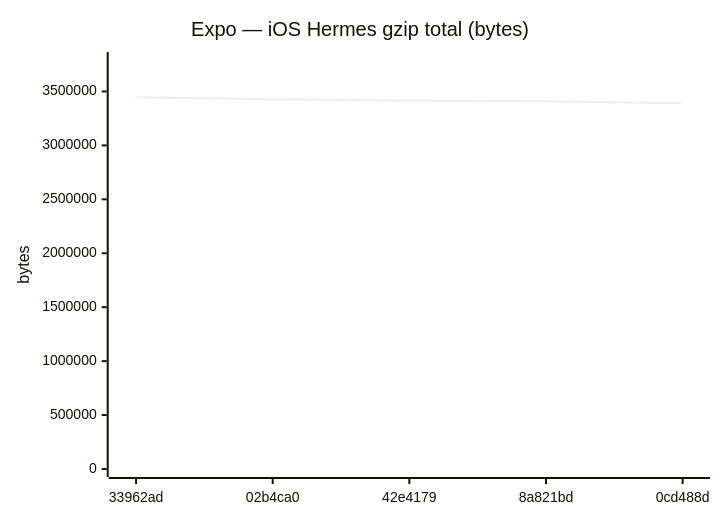
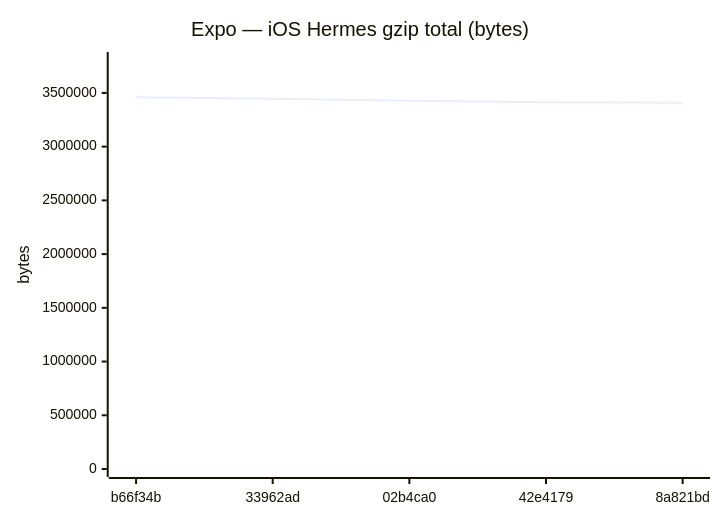
Before and after one commit to Metaheurist/Rianell: diagram 12 of 18 in benchmarks/compare.md, drawn with Mermaid. The commit also changed other lines of this file and 11 other files, not shown here.

````diff
--- a/benchmarks/compare.md
+++ b/benchmarks/compare.md
@@ -179,7 +179,7 @@
 ```mermaid
 xychart-beta
     title "Expo — iOS Hermes gzip total (bytes)"
-    x-axis ["33962ad", "02b4ca0", "42e4179", "8a821bd", "0cd488d"]
-    y-axis "bytes" 0 --> 3791476
-    line [3446796, 3426562, 3414256, 3409221, 3391123]
+    x-axis ["b66f34b", "33962ad", "02b4ca0", "42e4179", "8a821bd"]
+    y-axis "bytes" 0 --> 3806501
+    line [3460455, 3446796, 3426562, 3414256, 3409221]
 ```
````
